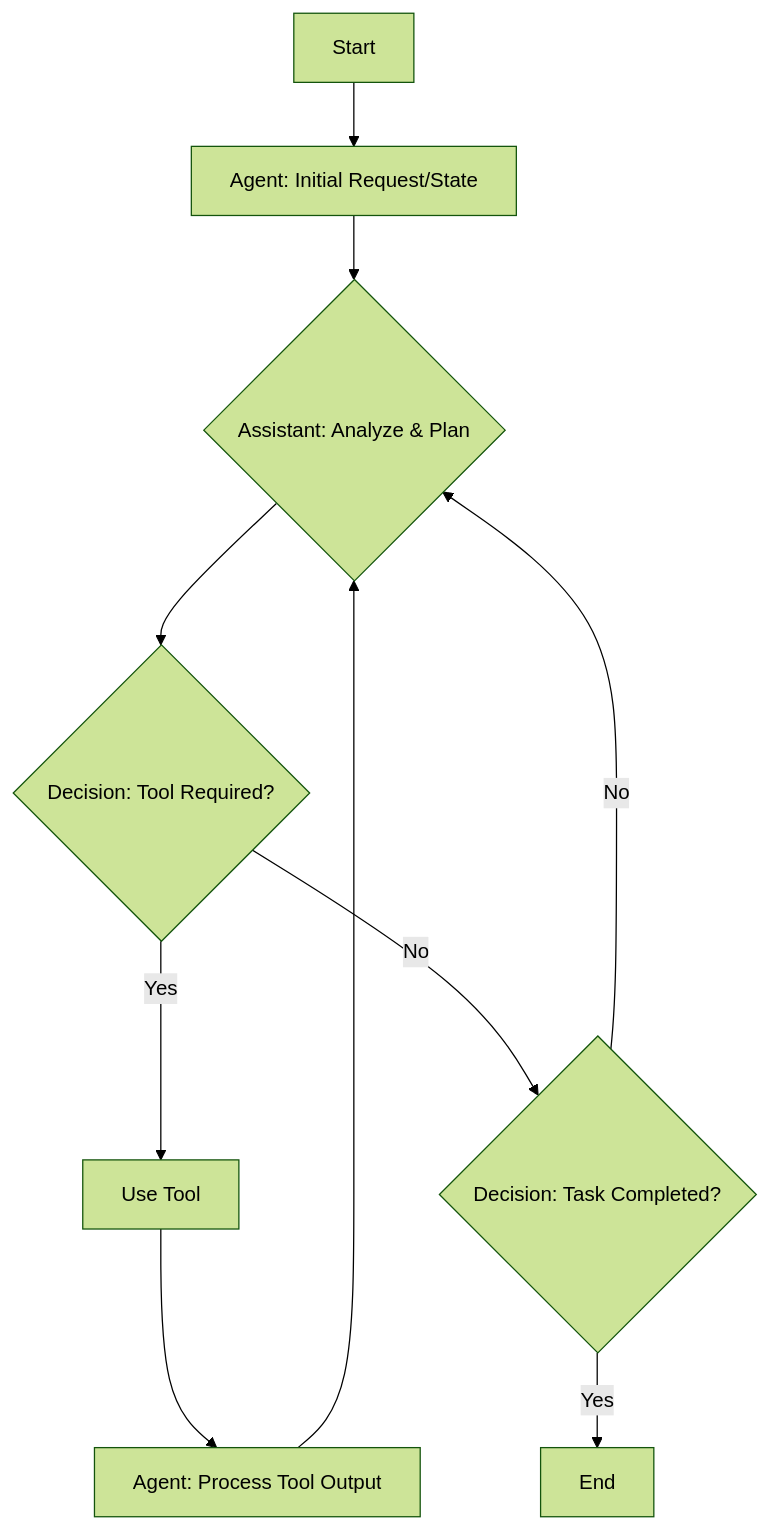
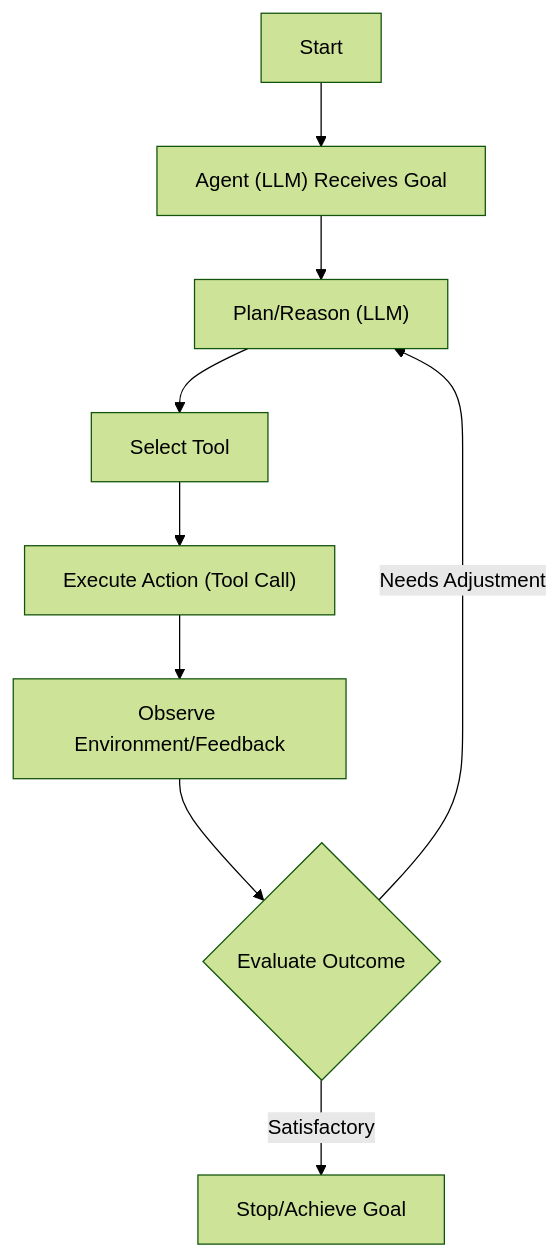
One commit to iusztinpaul/agentic-ai-engineering-course-data changed the second of 3 diagrams in data/inputs/tests/01_sample_small/article.md. Above: the diagram before and after it, drawn with Mermaid (forest theme). The commit also changed other lines of this file and 3 other files, not shown here.

````diff
--- a/data/inputs/tests/01_sample_small/article.md
+++ b/data/inputs/tests/01_sample_small/article.md
@@ -28,12 +29,11 @@
 ```mermaid
 graph TD
-    A["Start"] --> B["Agent: Initial Request/State"]
-    B --> C{"Assistant: Analyze & Plan"}
-    C --> D{"Decision: Tool Required?"}
-    D -->|"Yes"| E["Use Tool"]
-    E --> F["Agent: Process Tool Output"]
-    F --> C
-    D -->|"No"| G{"Decision: Task Completed?"}
-    G -->|"No"| C
-    G -->|"Yes"| H["End"]
+    A["Start"] --> B["Agent (LLM) Receives Goal"]
+    B --> C["Plan/Reason (LLM)"]
+    C --> D["Select Tool"]
+    D --> E["Execute Action (Tool Call)"]
+    E --> F["Observe Environment/Feedback"]
+    F --> G{"Evaluate Outcome"}
+    G -->|"Satisfactory"| H["Stop/Achieve Goal"]
+    G -->|"Needs Adjustment"| C
 ```
````
